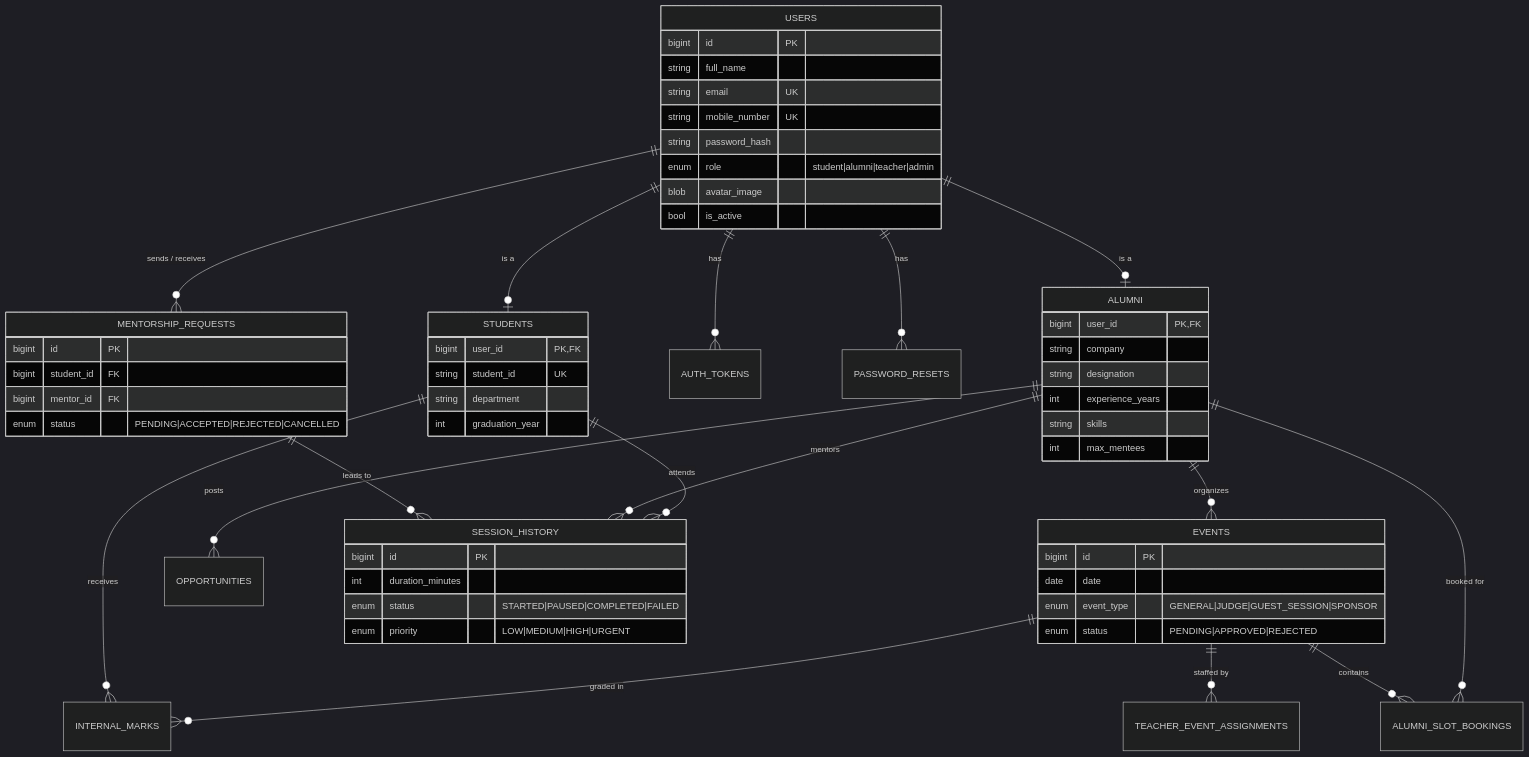
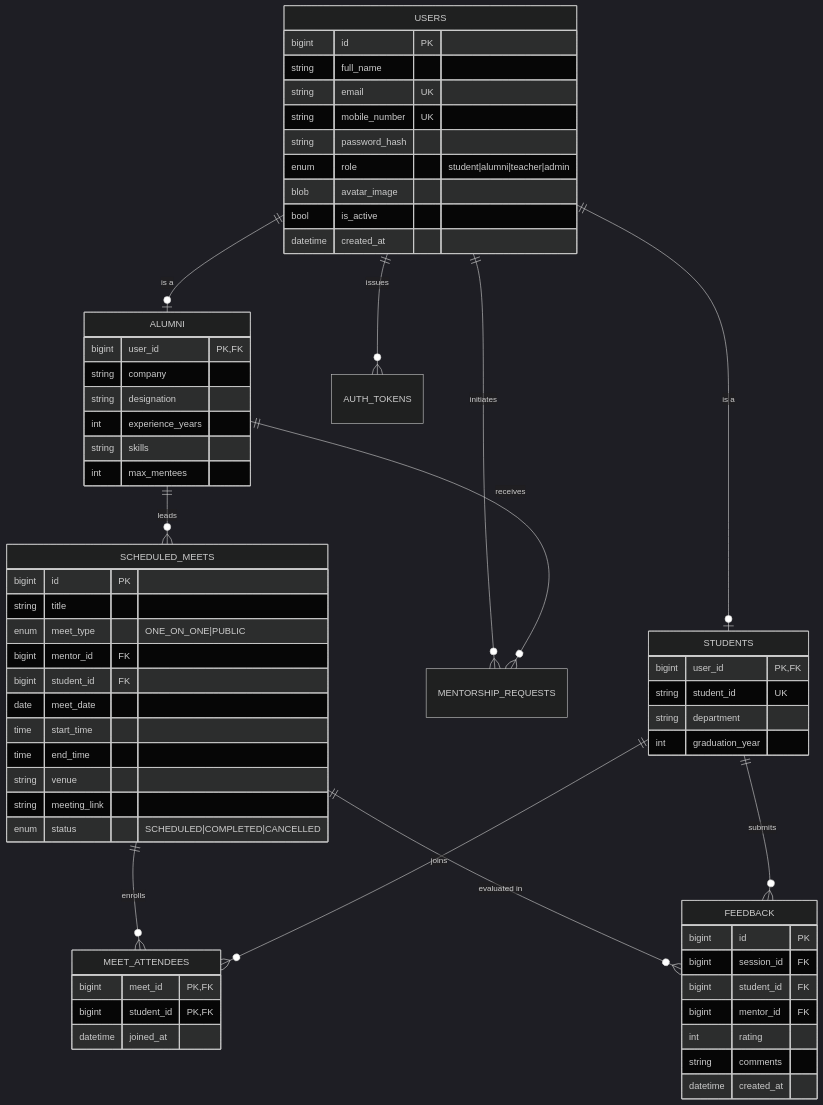
Before and after one commit to anuragpatil1729/Alumni-Mentoring-Portal: the fourth of 4 diagrams in README.md, drawn with Mermaid (dark theme). The commit also changed other lines of this file, not shown here.

````diff
--- a/README.md
+++ b/README.md
@@ -325,61 +335,71 @@
 ```mermaid
 erDiagram
     USERS ||--o| STUDENTS : "is a"
     USERS ||--o| ALUMNI : "is a"
-    USERS ||--o{ AUTH_TOKENS : has
-    USERS ||--o{ PASSWORD_RESETS : has
-    USERS ||--o{ MENTORSHIP_REQUESTS : "sends / receives"
-    ALUMNI ||--o{ EVENTS : organizes
-    ALUMNI ||--o{ OPPORTUNITIES : posts
-    ALUMNI ||--o{ ALUMNI_SLOT_BOOKINGS : "booked for"
-    EVENTS ||--o{ ALUMNI_SLOT_BOOKINGS : contains
-    EVENTS ||--o{ TEACHER_EVENT_ASSIGNMENTS : "staffed by"
-    EVENTS ||--o{ INTERNAL_MARKS : "graded in"
-    STUDENTS ||--o{ INTERNAL_MARKS : receives
-    STUDENTS ||--o{ SESSION_HISTORY : attends
-    ALUMNI ||--o{ SESSION_HISTORY : mentors
-    MENTORSHIP_REQUESTS ||--o{ SESSION_HISTORY : "leads to"
+    USERS ||--o{ AUTH_TOKENS : "issues"
+    USERS ||--o{ MENTORSHIP_REQUESTS : "initiates"
+    ALUMNI ||--o{ MENTORSHIP_REQUESTS : "receives"
+    ALUMNI ||--o{ SCHEDULED_MEETS : "leads"
+    SCHEDULED_MEETS ||--o{ MEET_ATTENDEES : "enrolls"
+    STUDENTS ||--o{ MEET_ATTENDEES : "joins"
+    SCHEDULED_MEETS ||--o{ FEEDBACK : "evaluated in"
+    STUDENTS ||--o{ FEEDBACK : "submits"
 
     USERS {
         bigint id PK
         string full_name
         string email UK
         string mobile_number UK
         string password_hash
         enum role "student|alumni|teacher|admin"
         blob avatar_image
         bool is_active
+        datetime created_at
     }
+
     STUDENTS {
         bigint user_id PK,FK
         string student_id UK
         string department
         int graduation_year
     }
+
     ALUMNI {
         bigint user_id PK,FK
         string company
         string designation
         int experience_years
         string skills
         int max_mentees
     }
-    MENTORSHIP_REQUESTS {
+
+    SCHEDULED_MEETS {
         bigint id PK
+        string title
+        enum meet_type "ONE_ON_ONE|PUBLIC"
+        bigint mentor_id FK
+        bigint student_id FK
+        date meet_date
+        time start_time
+        time end_time
+        string venue
+        string meeting_link
+        enum status "SCHEDULED|COMPLETED|CANCELLED"
+    }
+
+    MEET_ATTENDEES {
+        bigint meet_id PK,FK
+        bigint student_id PK,FK
+        datetime joined_at
+    }
+
+    FEEDBACK {
+        bigint id PK
+        bigint session_id FK
         bigint student_id FK
         bigint mentor_id FK
-        enum status "PENDING|ACCEPTED|REJECTED|CANCELLED"
-    }
-    SESSION_HISTORY {
-        bigint id PK
-        int duration_minutes
-        enum status "STARTED|PAUSED|COMPLETED|FAILED"
-        enum priority "LOW|MEDIUM|HIGH|URGENT"
-    }
-    EVENTS {
-        bigint id PK
-        date date
-        enum event_type "GENERAL|JUDGE|GUEST_SESSION|SPONSOR"
-        enum status "PENDING|APPROVED|REJECTED"
+        int rating
+        string comments
+        datetime created_at
     }
 ```
````
